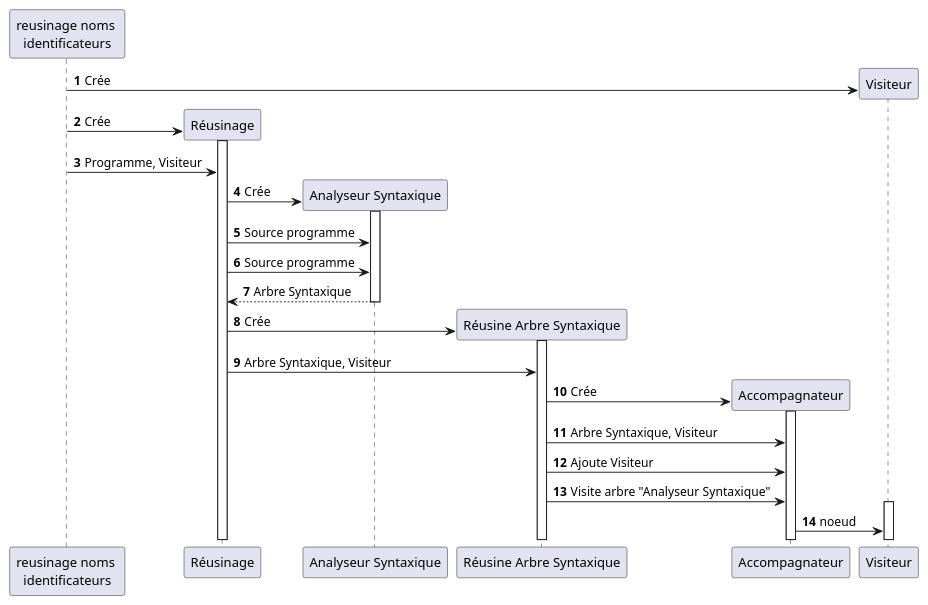
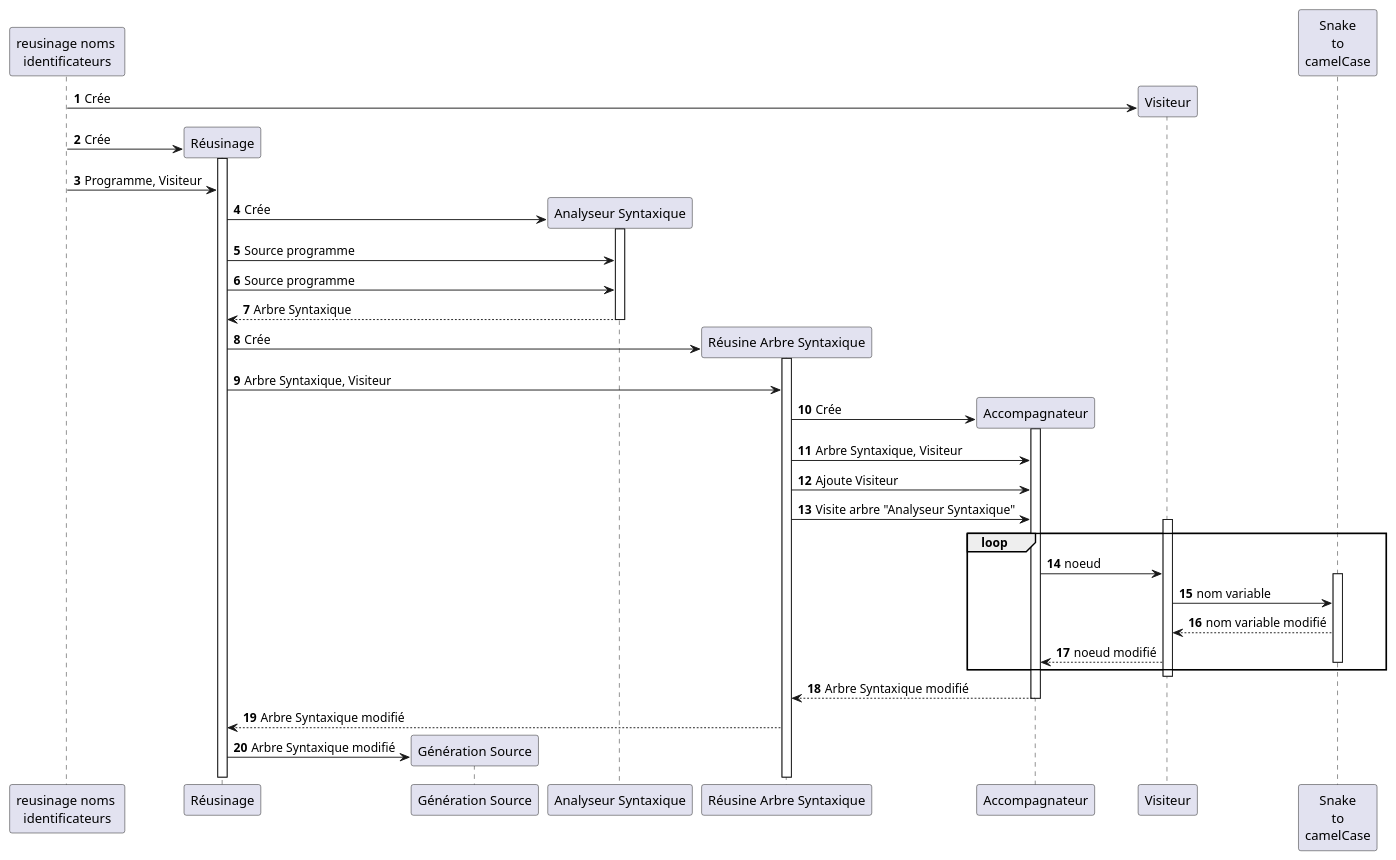
Before and after one commit to ballesta/reusinage: the diagram in doc/uml/sequence_exec.puml, drawn with PlantUML.

Commit message:
~ en cours

```diff
--- a/doc/uml/sequence_exec.puml
+++ b/doc/uml/sequence_exec.puml
@@ -1,35 +1,52 @@
 @startuml
 'https://plantuml.com/sequence-diagram
 
 autonumber
 participant "reusinage noms \nidentificateurs" as RN
+
 participant "Réusinage" as R
+participant "Génération Source" as GS
 participant "Analyseur Syntaxique" as AS
 participant "Réusine Arbre Syntaxique" as RAS
 participant "Accompagnateur"    as Ac
 participant "Visiteur"    as V
-
+participant "Snake\nto\ncamelCase"    as STCC
 RN -> V **: Crée
 RN -> R **: Crée
 activate R
 RN -> R : Programme, Visiteur
 R -> AS **: Crée
 activate AS
 R -> AS : Source programme
 R -> AS : Source programme
 R <-- AS : Arbre Syntaxique
 deactivate AS
 R -> RAS **: Crée
 activate RAS
 R -> RAS : Arbre Syntaxique, Visiteur
 
 RAS -> Ac **: Crée
 activate Ac
 RAS-> Ac : Arbre Syntaxique, Visiteur
 
 RAS-> Ac : Ajoute Visiteur
 RAS-> Ac : Visite arbre "Analyseur Syntaxique"
+
 activate V
+loop
 Ac -> V : noeud
 
+activate STCC
+V -> STCC : nom variable
+V <-- STCC : nom variable modifié
+Ac <-- V : noeud modifié
+deactivate STCC
+end
+deactivate V
+
+RAS <-- Ac : Arbre Syntaxique modifié
+deactivate Ac
+R <-- RAS : Arbre Syntaxique modifié
+R -> GS ** : Arbre Syntaxique modifié
+
 @enduml
```
